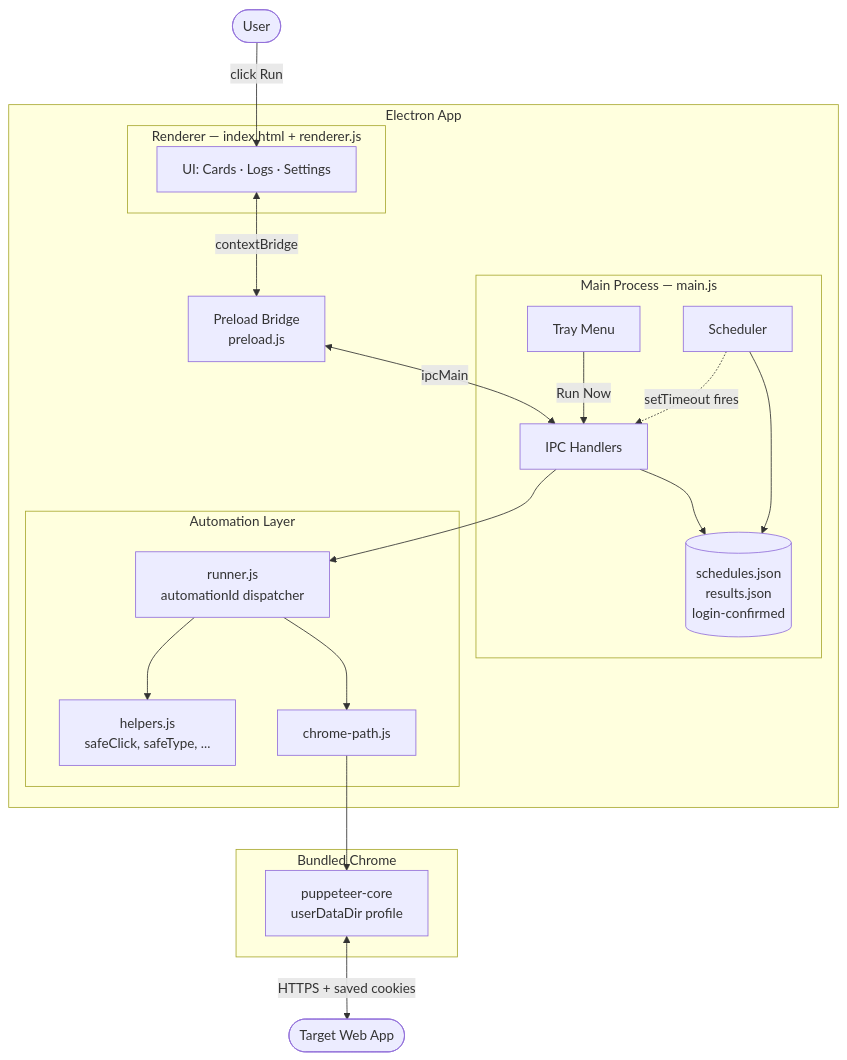
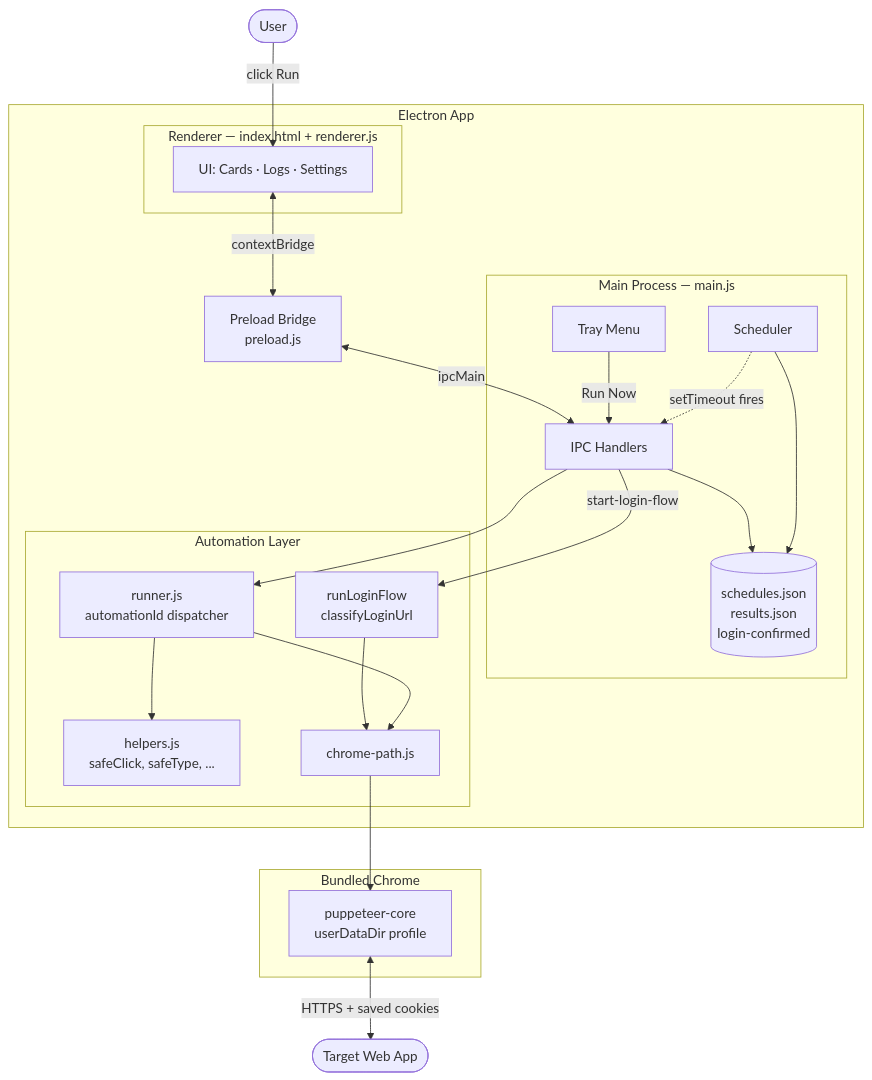
The diagram in public/data/portfolio/Kanfer-D-Toolkit/architecture.md (Technical-1/All-About-Me), drawn with Mermaid before and after one commit. The commit also changed other lines of this file and 63 other files, not shown here.

````diff
--- a/public/data/portfolio/Kanfer-D-Toolkit/architecture.md
+++ b/public/data/portfolio/Kanfer-D-Toolkit/architecture.md
@@ -5,44 +5,47 @@
 ```mermaid
 flowchart TD
     User([User])
 
     subgraph Electron["Electron App"]
         subgraph MainProcess["Main Process — main.js"]
             IPC[IPC Handlers]
             Tray[Tray Menu]
             Sched[Scheduler]
             FileStore[(schedules.json<br/>results.json<br/>login-confirmed)]
         end
 
         subgraph Renderer["Renderer — index.html + renderer.js"]
             UI[UI: Cards · Logs · Settings]
         end
 
         Preload[Preload Bridge<br/>preload.js]
 
         subgraph Automation["Automation Layer"]
             Runner[runner.js<br/>automationId dispatcher]
+            Login[runLoginFlow<br/>classifyLoginUrl]
             Helpers[helpers.js<br/>safeClick, safeType, ...]
             ChromePath[chrome-path.js]
         end
     end
 
     subgraph Chrome["Bundled Chrome"]
         Browser[puppeteer-core<br/>userDataDir profile]
     end
 
     Site([Target Web App])
 
     User -->|click Run| UI
     UI <-->|contextBridge| Preload
     Preload <-->|ipcMain| IPC
     Tray -->|Run Now| IPC
     Sched -.->|setTimeout fires| IPC
     IPC --> Runner
+    IPC -->|start-login-flow| Login
+    Login --> ChromePath
     Runner --> Helpers
     Runner --> ChromePath
     ChromePath --> Browser
     Browser <-->|HTTPS + saved cookies| Site
     IPC --> FileStore
     Sched --> FileStore
 ```
````
